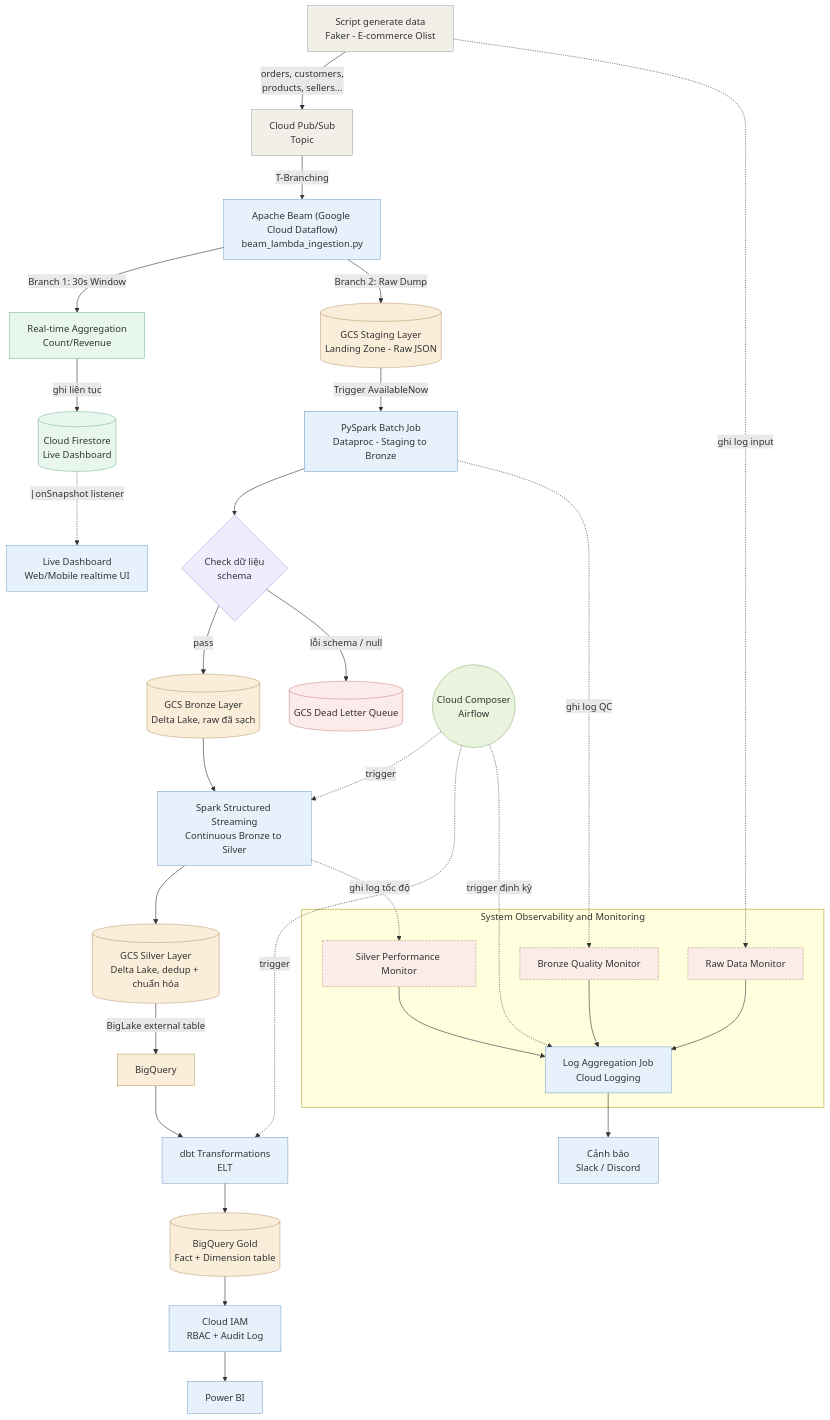
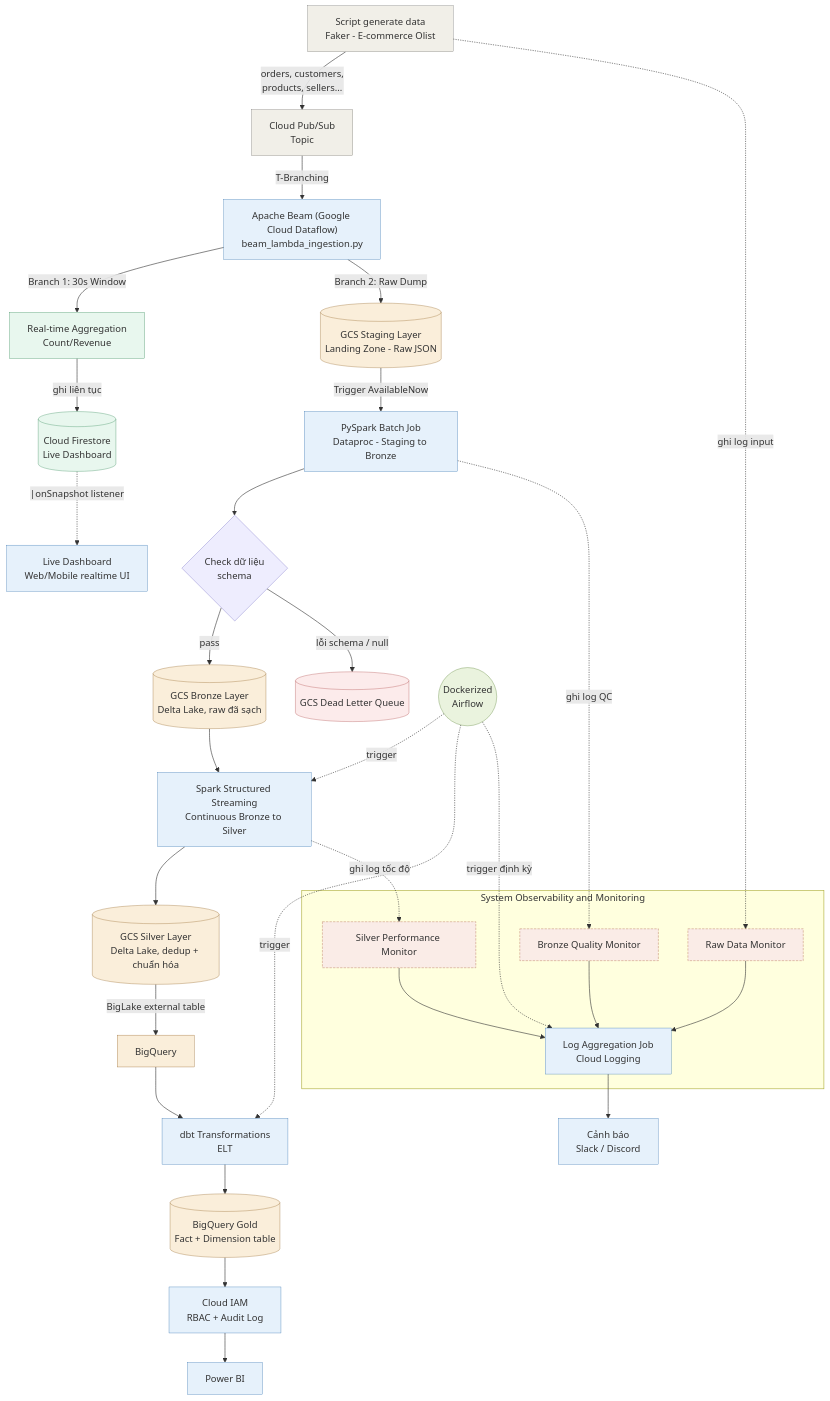
One commit to hoamgh/gcp-lakehouse-pipeline changed the diagram in ARCHITECTURE.md. Above: the diagram before and after it, drawn with Mermaid. The commit also changed other lines of this file and 103 other files, not shown here.

````diff
--- a/ARCHITECTURE.md
+++ b/ARCHITECTURE.md
@@ -14,64 +14,64 @@
 ```mermaid
 flowchart TD
     SCR["Script generate data<br/>Faker - E-commerce Olist"] -->|orders, customers,<br/>products, sellers...| PUB["Cloud Pub/Sub<br/>Topic"]
     PUB -->|T-Branching| BEAM["Apache Beam (Google Cloud Dataflow)<br/>beam_lambda_ingestion.py"]
   
     %% Branch 1: Speed Layer (Real-time)
     BEAM -->|Branch 1: 30s Window| RTAGG["Real-time Aggregation<br/>Count/Revenue"]
     RTAGG -->|ghi liên tục| RTFS[("Cloud Firestore<br/>Live Dashboard")]
     RTFS -.|onSnapshot listener.-> RTDASH["Live Dashboard<br/>Web/Mobile realtime UI"]
   
     %% Branch 2: Batch Layer (Master Data)
     BEAM -->|Branch 2: Raw Dump| STG[("GCS Staging Layer<br/>Landing Zone - Raw JSON")]
     STG -->|Trigger AvailableNow| SPARK1["PySpark Batch Job<br/>Dataproc - Staging to Bronze"]
     SPARK1 --> CHK{"Check dữ liệu<br/>schema"}
     CHK -->|pass| BRONZE[("GCS Bronze Layer<br/>Delta Lake, raw đã sạch")]
     CHK -->|lỗi schema / null| DLQ[("GCS Dead Letter Queue")]
     BRONZE --> SPARK2["Spark Structured Streaming<br/>Continuous Bronze to Silver"]
     SPARK2 --> SILVER[("GCS Silver Layer<br/>Delta Lake, dedup + chuẩn hóa")]
     SILVER -->|BigLake external table| BQ["BigQuery"]
     BQ --> DBT["dbt Transformations<br/>ELT"]
     DBT --> GOLD[("BigQuery Gold<br/>Fact + Dimension table")]
     GOLD --> IAM["Cloud IAM<br/>RBAC + Audit Log"]
     IAM --> BI["Power BI"]
 
     subgraph OBS["System Observability and Monitoring"]
         MON1["Raw Data Monitor"]
         MON2["Bronze Quality Monitor"]
         MON3["Silver Performance Monitor"]
         LOGAGG["Log Aggregation Job<br/>Cloud Logging"]
         MON1 --> LOGAGG
         MON2 --> LOGAGG
         MON3 --> LOGAGG
     end
     SCR -.ghi log input.-> MON1
     SPARK1 -.ghi log QC.-> MON2
     SPARK2 -.ghi log tốc độ.-> MON3
     LOGAGG --> ALERT["Cảnh báo<br/>Slack / Discord"]
 
-    AF(("Cloud Composer<br/>Airflow")) -.trigger.-> SPARK2
+    AF(("Dockerized<br/>Airflow")) -.trigger.-> SPARK2
     AF -.trigger.-> DBT
     AF -.trigger định kỳ.-> LOGAGG
 
     classDef ingest fill:#f1efe8,stroke:#5f5e5a,stroke-width:0.5px;
     classDef job fill:#e6f1fb,stroke:#185fa5,stroke-width:0.5px;
     classDef storage fill:#faeeda,stroke:#854f0b,stroke-width:0.5px;
     classDef check fill:#eeedfe,stroke:#534ab7,stroke-width:0.5px;
     classDef error fill:#fcebeb,stroke:#a32d2d,stroke-width:0.5px;
     classDef monitor fill:#faece7,stroke:#993c1d,stroke-width:0.5px,stroke-dasharray: 4 2;
     classDef orch fill:#eaf3de,stroke:#3b6d11,stroke-width:0.5px;
     classDef bi fill:#e6f1fb,stroke:#185fa5,stroke-width:0.5px;
     classDef realtime fill:#e8f7ee,stroke:#1a7a41,stroke-width:0.5px;
 
     class SCR,PUB ingest
     class BEAM,SPARK1,SPARK2,DBT,LOGAGG job
     class STG,BRONZE,SILVER,GOLD,BQ storage
     class CHK check
     class DLQ error
     class MON1,MON2,MON3 monitor
     class AF orch
     class IAM,BI,ALERT bi
     class RTAGG realtime
     class RTFS realtime
     class RTDASH bi
 ```
````
